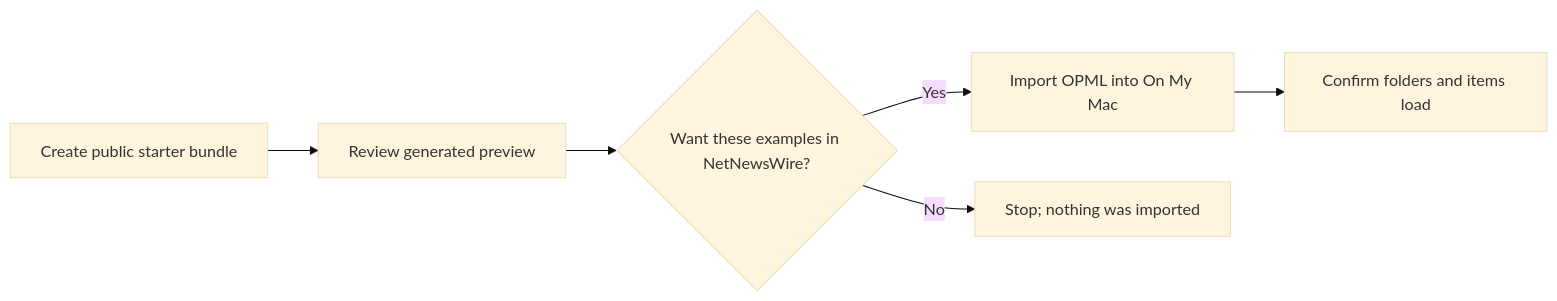
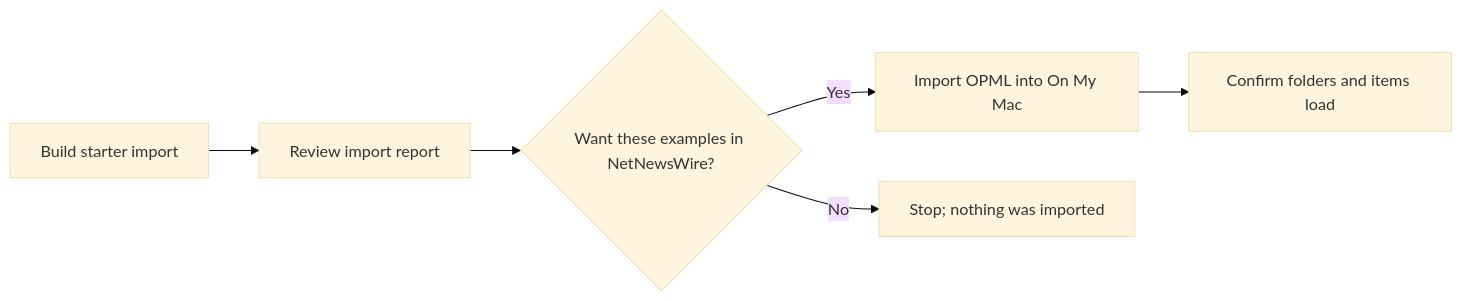
Before and after one commit to spkerber/netnewswire-feed-booster: the diagram in docs/first-feed.md, drawn with Mermaid (base theme). The commit also changed other lines of this file and 32 other files, not shown here.

Commit message:
Clarify starter import and generalize webpage feeds

````diff
--- a/docs/first-feed.md
+++ b/docs/first-feed.md
@@ -5,8 +5,8 @@
 ```mermaid
 flowchart LR
-    A["Create public starter bundle"] --> B["Review generated preview"]
+    A["Build starter import"] --> B["Review import report"]
     B --> C{"Want these examples in NetNewsWire?"}
     C -->|"Yes"| D["Import OPML into On My Mac"]
     C -->|"No"| E["Stop; nothing was imported"]
     D --> F["Confirm folders and items load"]
 ```
````
